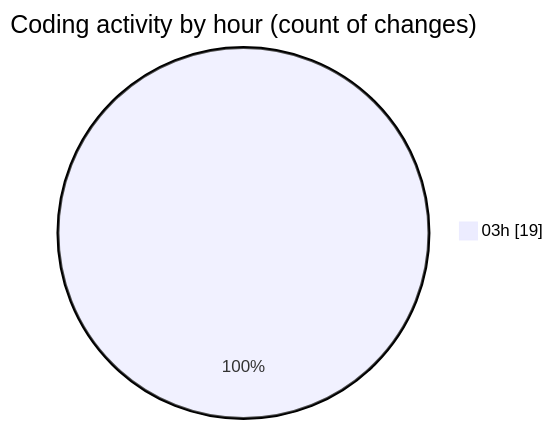
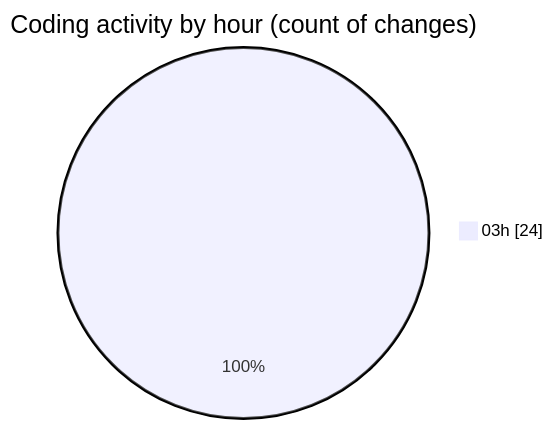
The second of 2 diagrams in 2025-05-23/projects/README.md (Ritupan-Deka/code-tracking), drawn with Mermaid before and after one commit. The commit also changed other lines of this file and 1 other file, not shown here.

````diff
--- a/2025-05-23/projects/README.md
+++ b/2025-05-23/projects/README.md
@@ -28,5 +28,5 @@
 ```mermaid
 pie showData
 title Coding activity by hour (count of changes)
-"03h" : 19
+"03h" : 24
 ```
````
